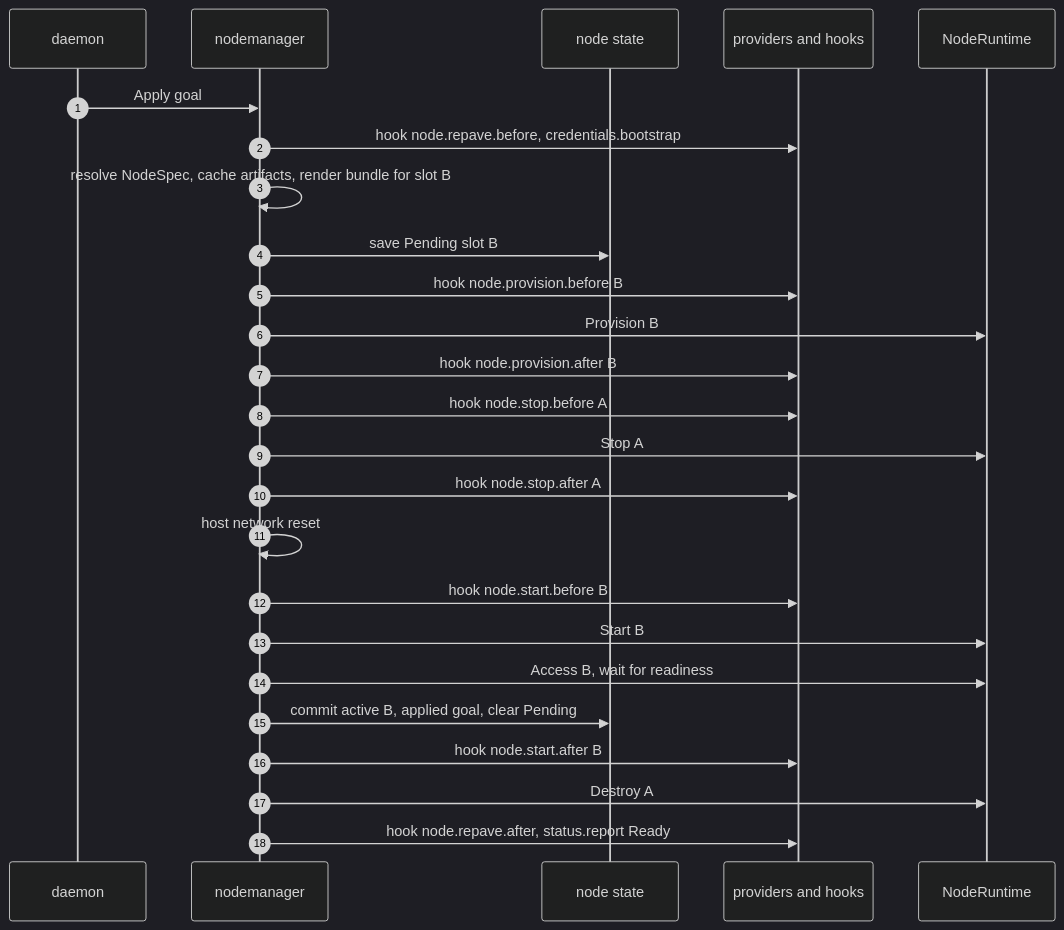
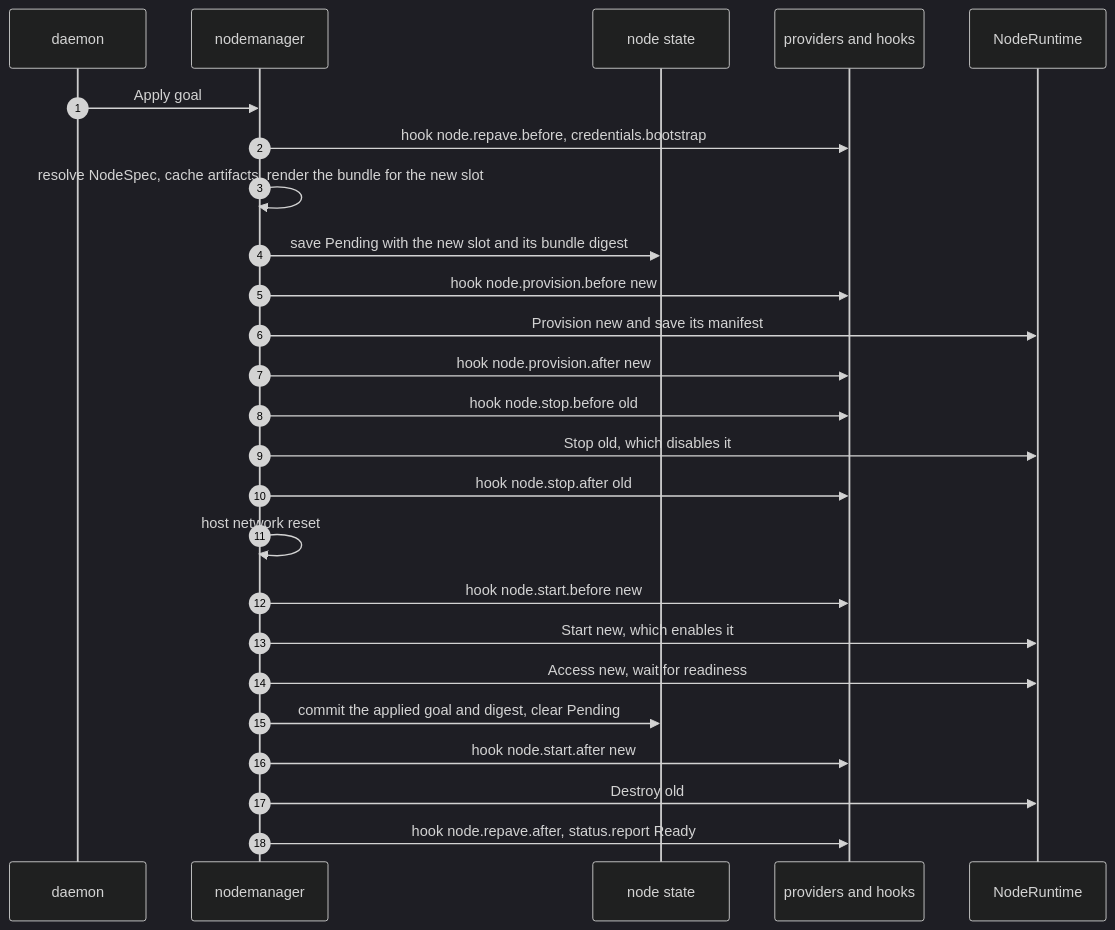
The sixth of 9 diagrams in designs/agent-v2.md (Azure/unbounded), drawn with Mermaid (dark theme) before and after one commit. The commit also changed other lines of this file and 1 other file, not shown here.

````diff
--- a/designs/agent-v2.md
+++ b/designs/agent-v2.md
@@ -1138,27 +1240,27 @@
 ```mermaid
 sequenceDiagram
   autonumber
   participant D as daemon
   participant NM as nodemanager
   participant St as node state
   participant Px as providers and hooks
   participant RT as NodeRuntime
   D->>NM: Apply goal
   NM->>Px: hook node.repave.before, credentials.bootstrap
-  NM->>NM: resolve NodeSpec, cache artifacts, render bundle for slot B
-  NM->>St: save Pending slot B
-  NM->>Px: hook node.provision.before B
-  NM->>RT: Provision B
-  NM->>Px: hook node.provision.after B
-  NM->>Px: hook node.stop.before A
-  NM->>RT: Stop A
-  NM->>Px: hook node.stop.after A
+  NM->>NM: resolve NodeSpec, cache artifacts, render the bundle for the new slot
+  NM->>St: save Pending with the new slot and its bundle digest
+  NM->>Px: hook node.provision.before new
+  NM->>RT: Provision new and save its manifest
+  NM->>Px: hook node.provision.after new
+  NM->>Px: hook node.stop.before old
+  NM->>RT: Stop old, which disables it
+  NM->>Px: hook node.stop.after old
   NM->>NM: host network reset
-  NM->>Px: hook node.start.before B
-  NM->>RT: Start B
-  NM->>RT: Access B, wait for readiness
-  NM->>St: commit active B, applied goal, clear Pending
-  NM->>Px: hook node.start.after B
-  NM->>RT: Destroy A
+  NM->>Px: hook node.start.before new
+  NM->>RT: Start new, which enables it
+  NM->>RT: Access new, wait for readiness
+  NM->>St: commit the applied goal and digest, clear Pending
+  NM->>Px: hook node.start.after new
+  NM->>RT: Destroy old
   NM->>Px: hook node.repave.after, status.report Ready
 ```
````
